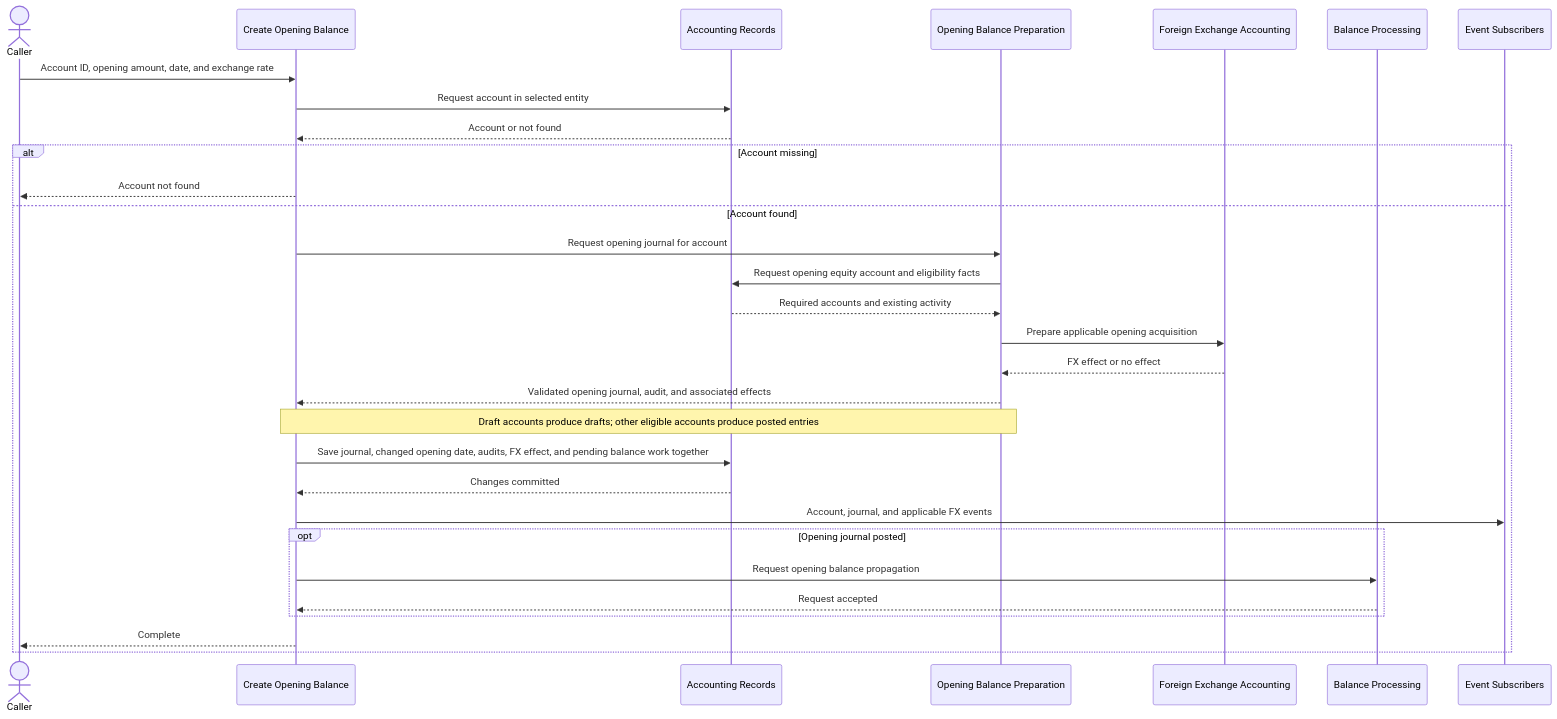
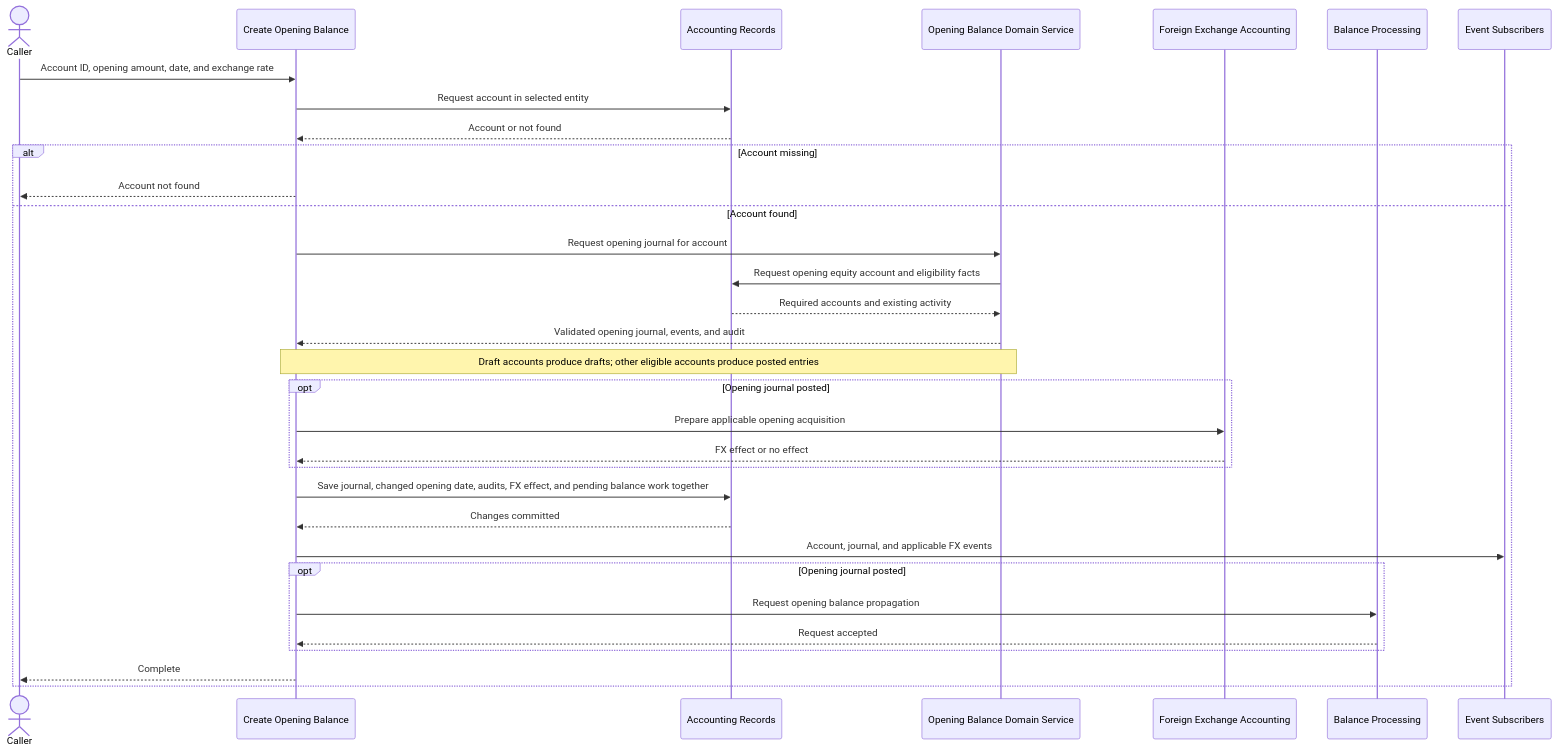
One commit to drimsheet/drimsheet-core changed the diagram in src/app/journal-entry/usecases/__docs__/create-opening-balance.sequence.md. Above: the diagram before and after it, drawn with Mermaid. The commit also changed 34 other files, not shown here.

Commit message:
refactor(journal-entry): remove opening balance app service

````diff
--- a/src/app/journal-entry/usecases/__docs__/create-opening-balance.sequence.md
+++ b/src/app/journal-entry/usecases/__docs__/create-opening-balance.sequence.md
@@ -3,33 +3,35 @@
 ```mermaid
 sequenceDiagram
     actor Caller
     participant CreateUseCase as Create Opening Balance
     participant Records as Accounting Records
-    participant Opening as Opening Balance Preparation
+    participant Opening as Opening Balance Domain Service
     participant FX as Foreign Exchange Accounting
     participant Balances as Balance Processing
     participant Events as Event Subscribers
 
     Caller->>CreateUseCase: Account ID, opening amount, date, and exchange rate
     CreateUseCase->>Records: Request account in selected entity
     Records-->>CreateUseCase: Account or not found
     alt Account missing
         CreateUseCase-->>Caller: Account not found
     else Account found
         CreateUseCase->>Opening: Request opening journal for account
         Opening->>Records: Request opening equity account and eligibility facts
         Records-->>Opening: Required accounts and existing activity
-        Opening->>FX: Prepare applicable opening acquisition
-        FX-->>Opening: FX effect or no effect
-        Opening-->>CreateUseCase: Validated opening journal, audit, and associated effects
+        Opening-->>CreateUseCase: Validated opening journal, events, and audit
         Note over Opening,CreateUseCase: Draft accounts produce drafts#59; other eligible accounts produce posted entries
+        opt Opening journal posted
+            CreateUseCase->>FX: Prepare applicable opening acquisition
+            FX-->>CreateUseCase: FX effect or no effect
+        end
         CreateUseCase->>Records: Save journal, changed opening date, audits, FX effect, and pending balance work together
         Records-->>CreateUseCase: Changes committed
         CreateUseCase->>Events: Account, journal, and applicable FX events
         opt Opening journal posted
             CreateUseCase->>Balances: Request opening balance propagation
             Balances-->>CreateUseCase: Request accepted
         end
         CreateUseCase-->>Caller: Complete
     end
 ```
````
